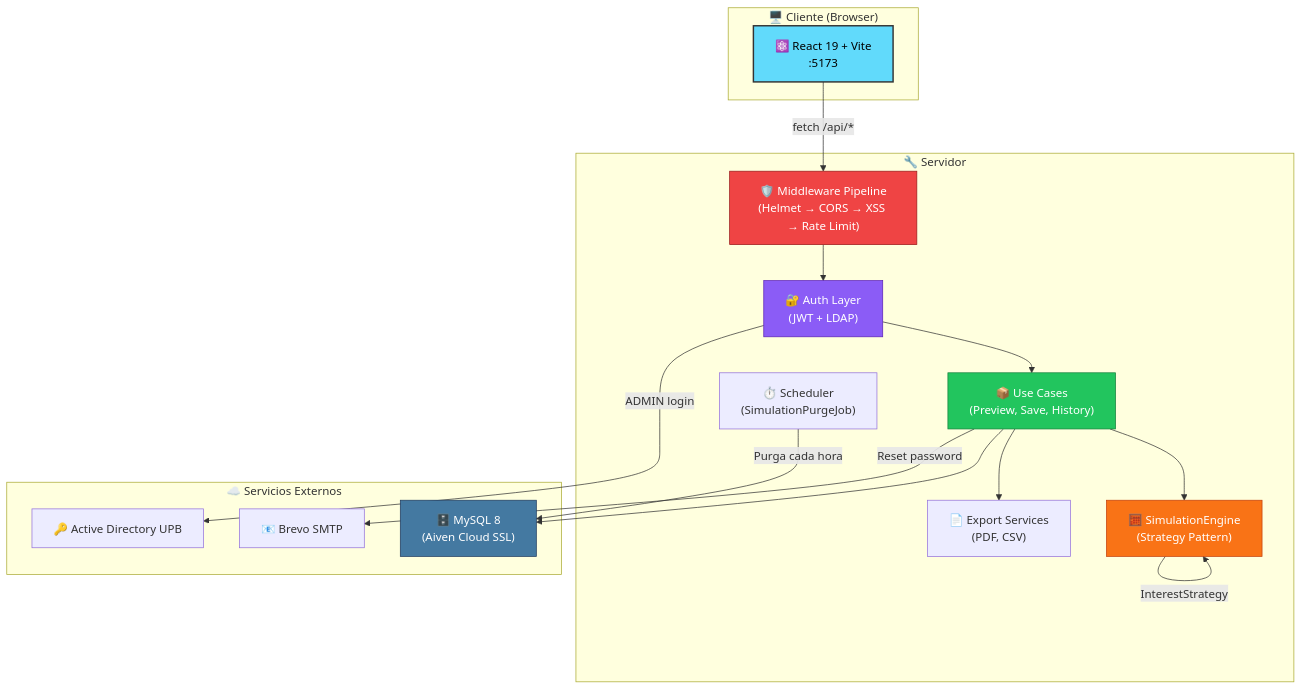
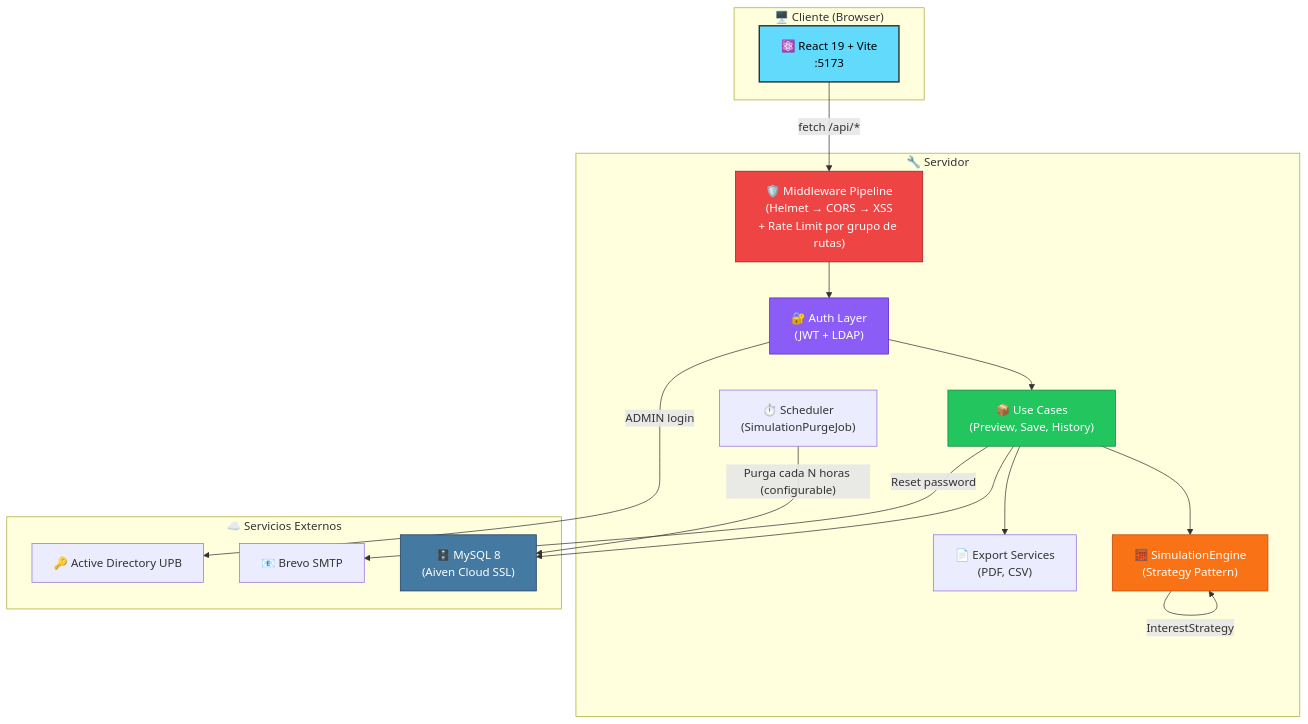
The first of 9 diagrams in docs/architecture/system-design.md (Dabji/Simulador-Credito-UPB), drawn with Mermaid before and after one commit. The commit also changed other lines of this file and 2 other files, not shown here.

First line of the commit message:
docs(architecture): update system design and technical decisions to reflect current implementation details

````diff
--- a/docs/architecture/system-design.md
+++ b/docs/architecture/system-design.md
@@ -28,39 +28,39 @@
 ```mermaid
 graph TD
     subgraph CLIENTE["🖥️ Cliente (Browser)"]
         FE["⚛️ React 19 + Vite<br/>:5173"]
     end
 
     subgraph SERVIDOR["🔧 Servidor"]
-        MW["🛡️ Middleware Pipeline<br/>(Helmet → CORS → XSS → Rate Limit)"]
+        MW["🛡️ Middleware Pipeline<br/>(Helmet → CORS → XSS<br/>+ Rate Limit por grupo de rutas)"]
         AUTH["🔐 Auth Layer<br/>(JWT + LDAP)"]
         UC["📦 Use Cases<br/>(Preview, Save, History)"]
         ENG["🧮 SimulationEngine<br/>(Strategy Pattern)"]
         EXP["📄 Export Services<br/>(PDF, CSV)"]
         SCH["⏱️ Scheduler<br/>(SimulationPurgeJob)"]
     end
 
     subgraph EXTERNO["☁️ Servicios Externos"]
         DB["🗄️ MySQL 8<br/>(Aiven Cloud SSL)"]
         SMTP["📧 Brevo SMTP"]
         AD["🔑 Active Directory UPB"]
     end
 
     FE -->|"fetch /api/*"| MW
     MW --> AUTH
     AUTH --> UC
     UC --> ENG
     UC --> EXP
     UC --> DB
     ENG -->|"InterestStrategy"| ENG
-    SCH -->|"Purga cada hora"| DB
+    SCH -->|"Purga cada N horas (configurable)"| DB
     AUTH -->|"ADMIN login"| AD
     UC -->|"Reset password"| SMTP
 
     style FE fill:#61DAFB,stroke:#333,stroke-width:2px,color:#000
     style MW fill:#EF4444,stroke:#991B1B,color:#fff
     style AUTH fill:#8B5CF6,stroke:#5B21B6,color:#fff
     style UC fill:#22C55E,stroke:#15803D,color:#fff
     style ENG fill:#F97316,stroke:#C2410C,color:#fff
     style DB fill:#4479A1,stroke:#1E3A5F,color:#fff
 ```
````
